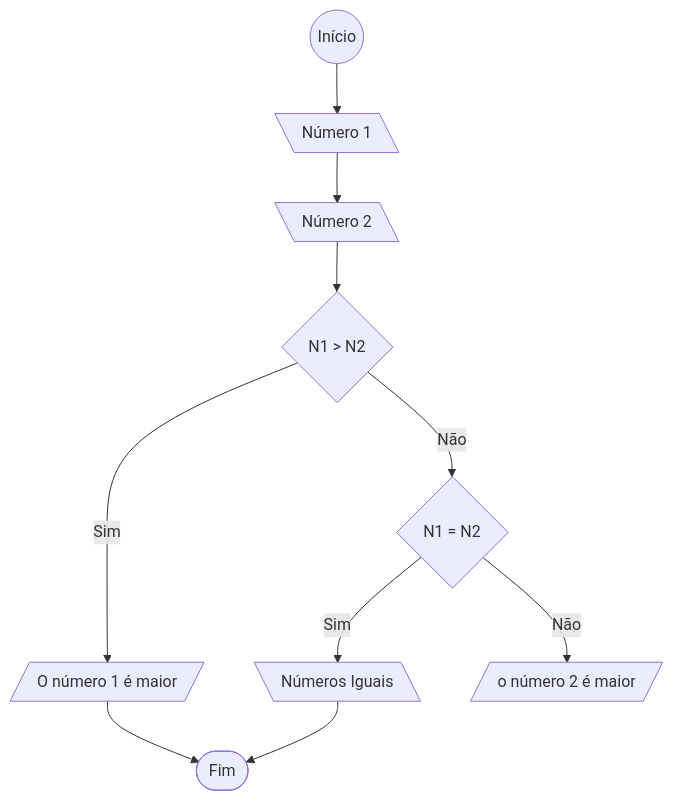
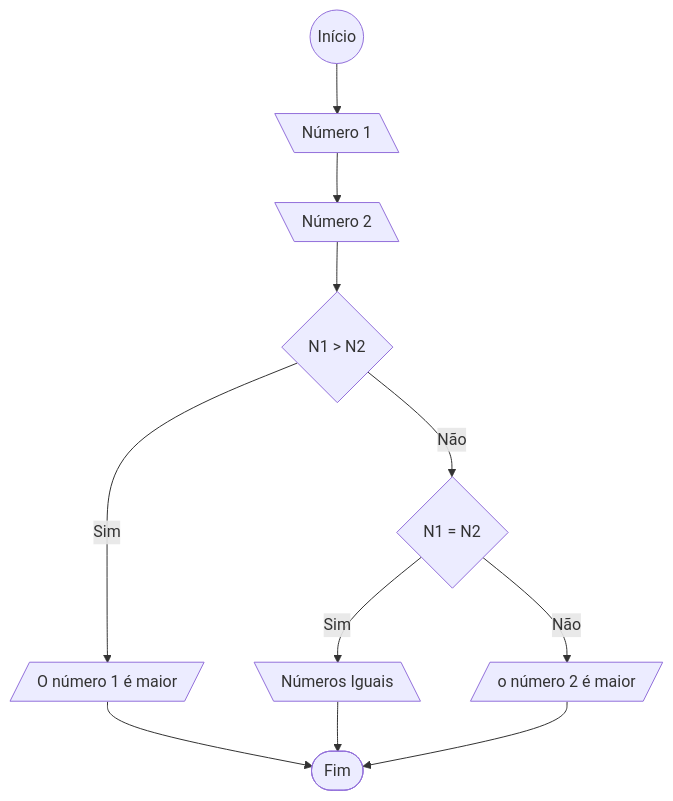
One commit to Joao-Pedro-Matias/LP-Joao_Matias changed the sixth of 10 diagrams in Listas de Exercícios/LP_Lista_01/README.md. Above: the diagram before and after it, drawn with Mermaid. The commit also changed other lines of this file, not shown here.

````diff
--- a/Listas de Exercícios/LP_Lista_01/README.md
+++ b/Listas de Exercícios/LP_Lista_01/README.md
@@ -93,14 +92,15 @@
    ```mermaid
    flowchart TD
       start(( Início)) --> number1[\ Número 1\]
       number1 --> number2[\ Número 2\]
       number2 --> verification{ N1 > N2}
       verification --> |Sim| result1[/ O número 1 é maior /]
       verification --> |Não| verification2{N1 = N2}
       verification2 --> |Sim| result2[\ Números Iguais \]
       verification2 --> |Não| result3[/ o número 2 é maior/]
       result1 --> finish([Fim])
       result2 --> finish
+      result3 --> finish
 
    
    ```
````
